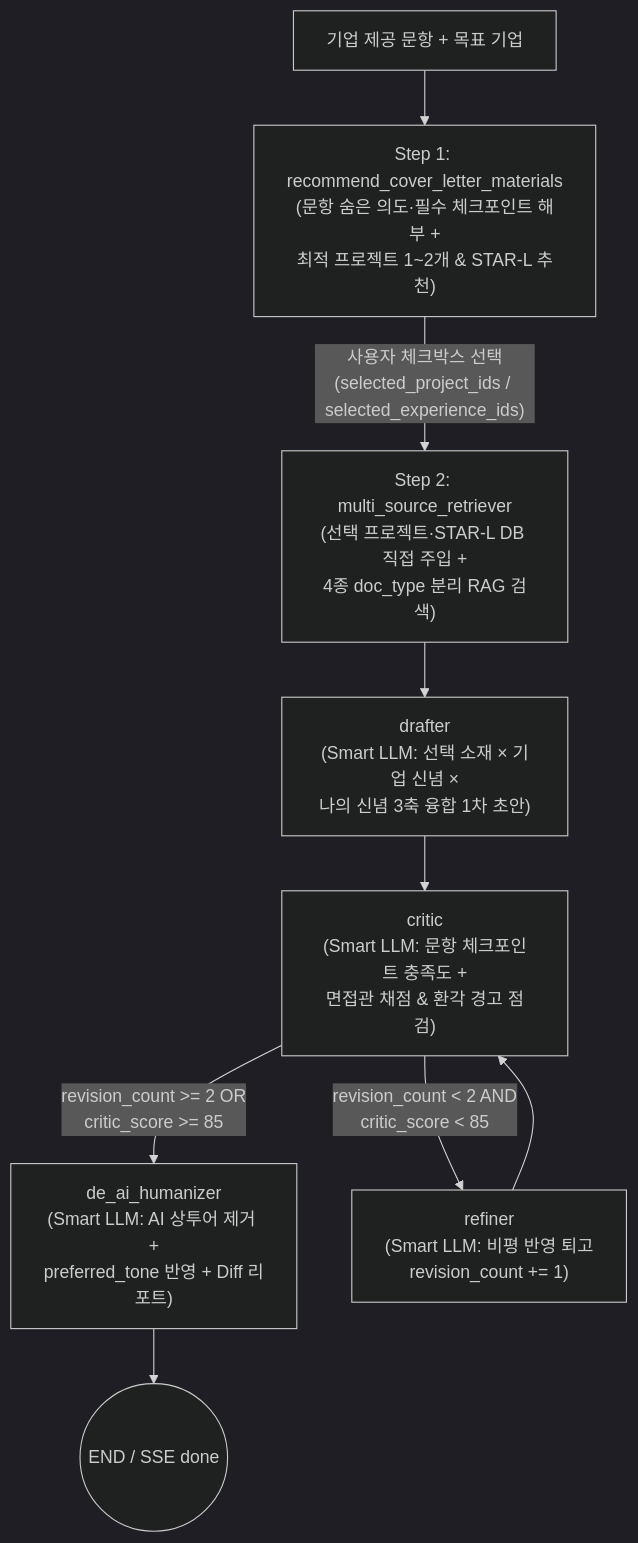
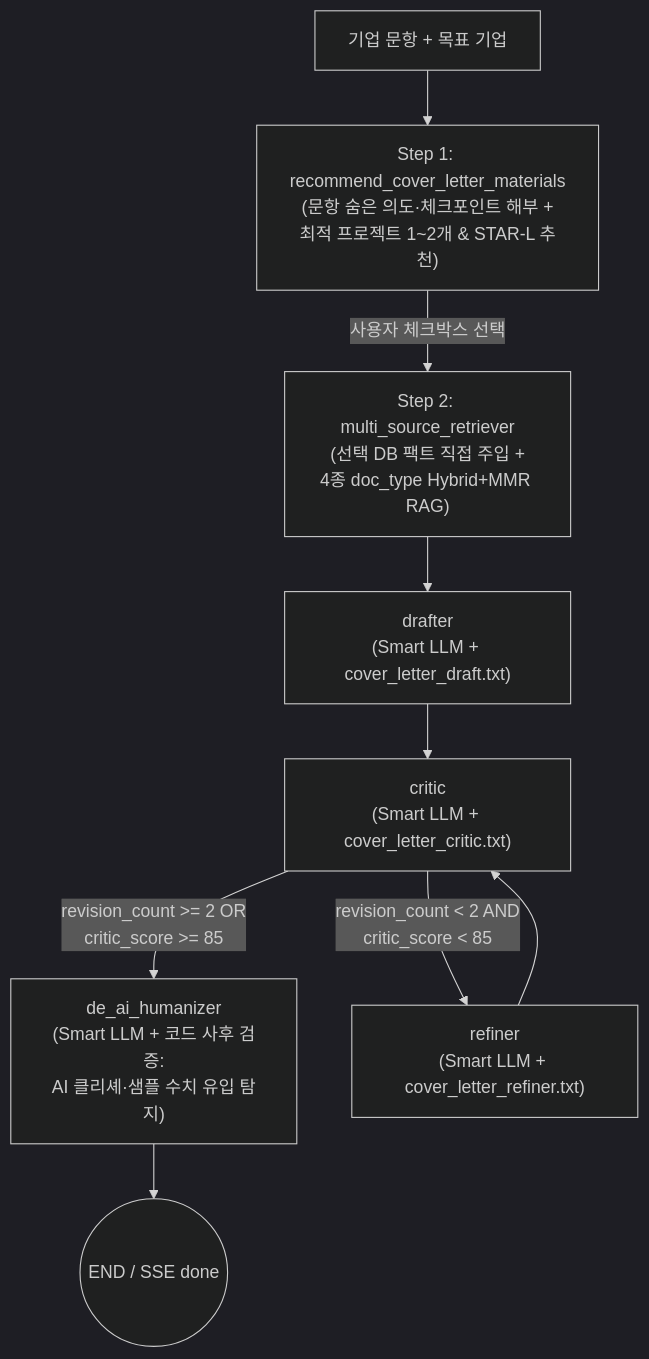
The fourth of 5 diagrams in WORKFLOWS.md (KASOP0306/write-on-vibe-lab), drawn with Mermaid (dark theme) before and after one commit. The commit also changed other lines of this file and 2 other files, not shown here.

Commit message:
docs: document full LLM, LangChain, LangGraph, RAG v2, and Loop A/B architecture inventory

````diff
--- a/WORKFLOWS.md
+++ b/WORKFLOWS.md
@@ -134,11 +96,11 @@
 ```mermaid
 flowchart TD
-    Q_IN["기업 제공 문항 + 목표 기업"] --> REC["Step 1: recommend_cover_letter_materials\n(문항 숨은 의도·필수 체크포인트 해부 +\n최적 프로젝트 1~2개 & STAR-L 추천)"]
-    REC -->|"사용자 체크박스 선택\n(selected_project_ids / selected_experience_ids)"| RET["Step 2: multi_source_retriever\n(선택 프로젝트·STAR-L DB 직접 주입 +\n4종 doc_type 분리 RAG 검색)"]
-    RET --> DRAFT["drafter\n(Smart LLM: 선택 소재 × 기업 신념 ×\n나의 신념 3축 융합 1차 초안)"]
-    DRAFT --> CRITIC["critic\n(Smart LLM: 문항 체크포인트 충족도 +\n면접관 채점 & 환각 경고 점검)"]
-    CRITIC -->|"revision_count >= 2 OR\ncritic_score >= 85"| HUMAN["de_ai_humanizer\n(Smart LLM: AI 상투어 제거 +\npreferred_tone 반영 + Diff 리포트)"]
-    CRITIC -->|"revision_count < 2 AND\ncritic_score < 85"| REFINE["refiner\n(Smart LLM: 비평 반영 퇴고\nrevision_count += 1)"]
+    Q_IN["기업 문항 + 목표 기업"] --> REC["Step 1: recommend_cover_letter_materials\n(문항 숨은 의도·체크포인트 해부 +\n최적 프로젝트 1~2개 & STAR-L 추천)"]
+    REC -->|"사용자 체크박스 선택"| RET["Step 2: multi_source_retriever\n(선택 DB 팩트 직접 주입 +\n4종 doc_type Hybrid+MMR RAG)"]
+    RET --> DRAFT["drafter\n(Smart LLM + cover_letter_draft.txt)"]
+    DRAFT --> CRITIC["critic\n(Smart LLM + cover_letter_critic.txt)"]
+    CRITIC -->|"revision_count >= 2 OR\ncritic_score >= 85"| HUMAN["de_ai_humanizer\n(Smart LLM + 코드 사후 검증:\nAI 클리셰·샘플 수치 유입 탐지)"]
+    CRITIC -->|"revision_count < 2 AND\ncritic_score < 85"| REFINE["refiner\n(Smart LLM + cover_letter_refiner.txt)"]
     REFINE --> CRITIC
     HUMAN --> E((END / SSE done))
 ```
````
